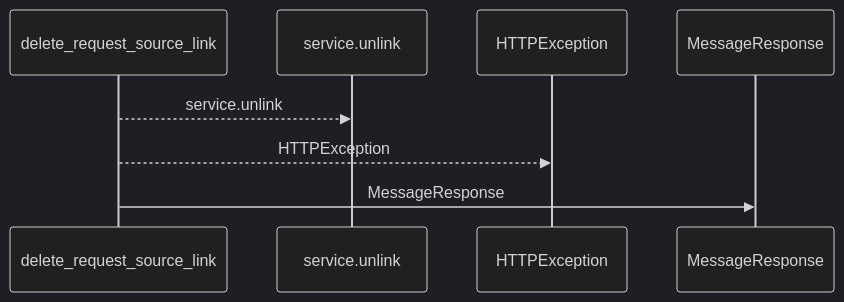
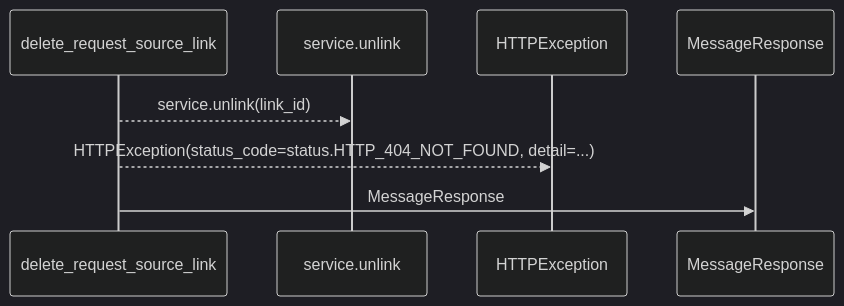
The first of 2 diagrams in docs/llm_wiki/flows/http-delete_request_source_link.md (Denissvgn/WorkChord), drawn with Mermaid (dark theme) before and after one commit. The commit also changed other lines of this file and 25171 other files, not shown here.

````diff
--- a/docs/llm_wiki/flows/http-delete_request_source_link.md
+++ b/docs/llm_wiki/flows/http-delete_request_source_link.md
@@ -10,10 +12,10 @@
 ```mermaid
 sequenceDiagram
     participant p0 as delete_request_source_link
     participant p1 as service.unlink
     participant p2 as HTTPException
     participant p3 as MessageResponse
-    p0-->>p1: service.unlink
-    p0-->>p2: HTTPException
+    p0-->>p1: service.unlink(link_id)
+    p0-->>p2: HTTPException(status_code=status.HTTP_404_NOT_FOUND, detail=...)
     p0->>p3: MessageResponse
 ```
````
